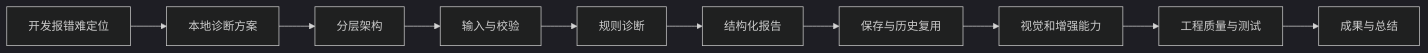
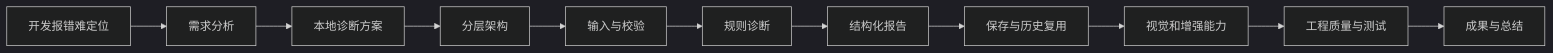
Before and after one commit to wszyytd/harmonyos-error-diagnosis: the diagram in docs/report/答辩PPT逐页规划.md, drawn with Mermaid (dark theme). The commit also changed other lines of this file and 11 other files, not shown here.

````diff
--- a/docs/report/答辩PPT逐页规划.md
+++ b/docs/report/答辩PPT逐页规划.md
@@ -12,12 +12,13 @@
 ```mermaid
 flowchart LR
-    A[开发报错难定位] --> B[本地诊断方案]
-    B --> C[分层架构]
-    C --> D[输入与校验]
-    D --> E[规则诊断]
-    E --> F[结构化报告]
-    F --> G[保存与历史复用]
-    G --> H[视觉和增强能力]
-    H --> I[工程质量与测试]
-    I --> J[成果与总结]
+    A[开发报错难定位] --> B[需求分析]
+    B --> C[本地诊断方案]
+    C --> D[分层架构]
+    D --> E[输入与校验]
+    E --> F[规则诊断]
+    F --> G[结构化报告]
+    G --> H[保存与历史复用]
+    H --> I[视觉和增强能力]
+    I --> J[工程质量与测试]
+    J --> K[成果与总结]
 ```
````
